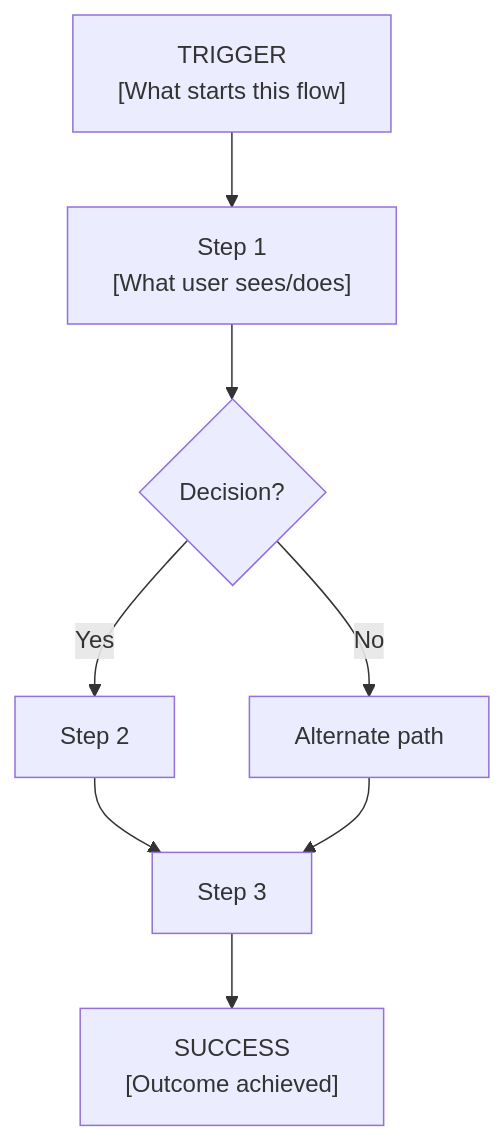
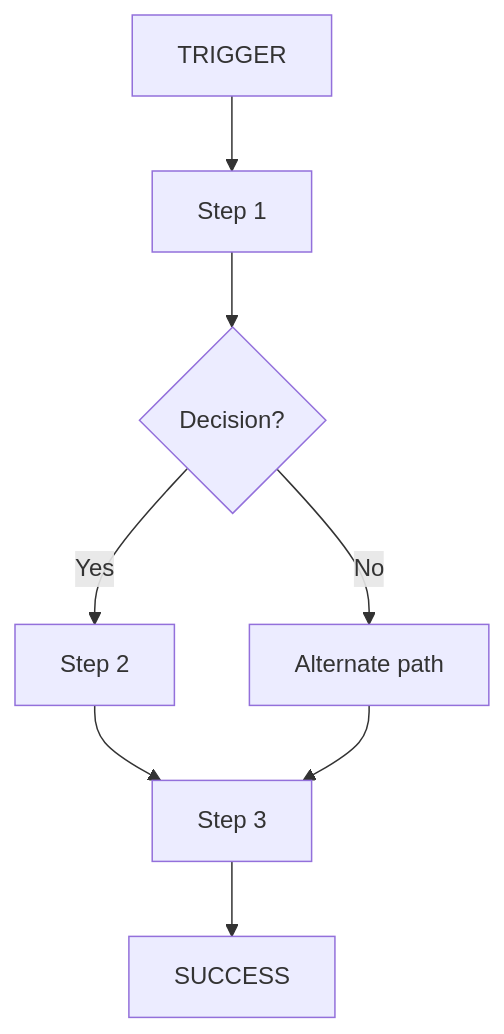
One commit to smileynet/ui-optimizer changed the diagram in docs/workflow/phases/03-explore.md. Above: the diagram before and after it, drawn with Mermaid. The commit also changed 6 other files, not shown here.

First line of the commit message:
fix: simplify Mermaid labels - remove escaped HTML tags

````diff
--- a/docs/workflow/phases/03-explore.md
+++ b/docs/workflow/phases/03-explore.md
@@ -46,18 +46,18 @@
 ```mermaid
 flowchart TB
-    TRIGGER["TRIGGER<br/>[What starts this flow]"]
-    S1["Step 1<br/>[What user sees/does]"]
+    TRIGGER[TRIGGER]
+    S1[Step 1]
     DEC{Decision?}
     S2[Step 2]
     ALT[Alternate path]
     S3[Step 3]
-    SUCCESS["SUCCESS<br/>[Outcome achieved]"]
+    SUCCESS[SUCCESS]
     
     TRIGGER --> S1
     S1 --> DEC
     DEC -->|Yes| S2
     DEC -->|No| ALT
     S2 --> S3
     ALT --> S3
     S3 --> SUCCESS
 ```
````
